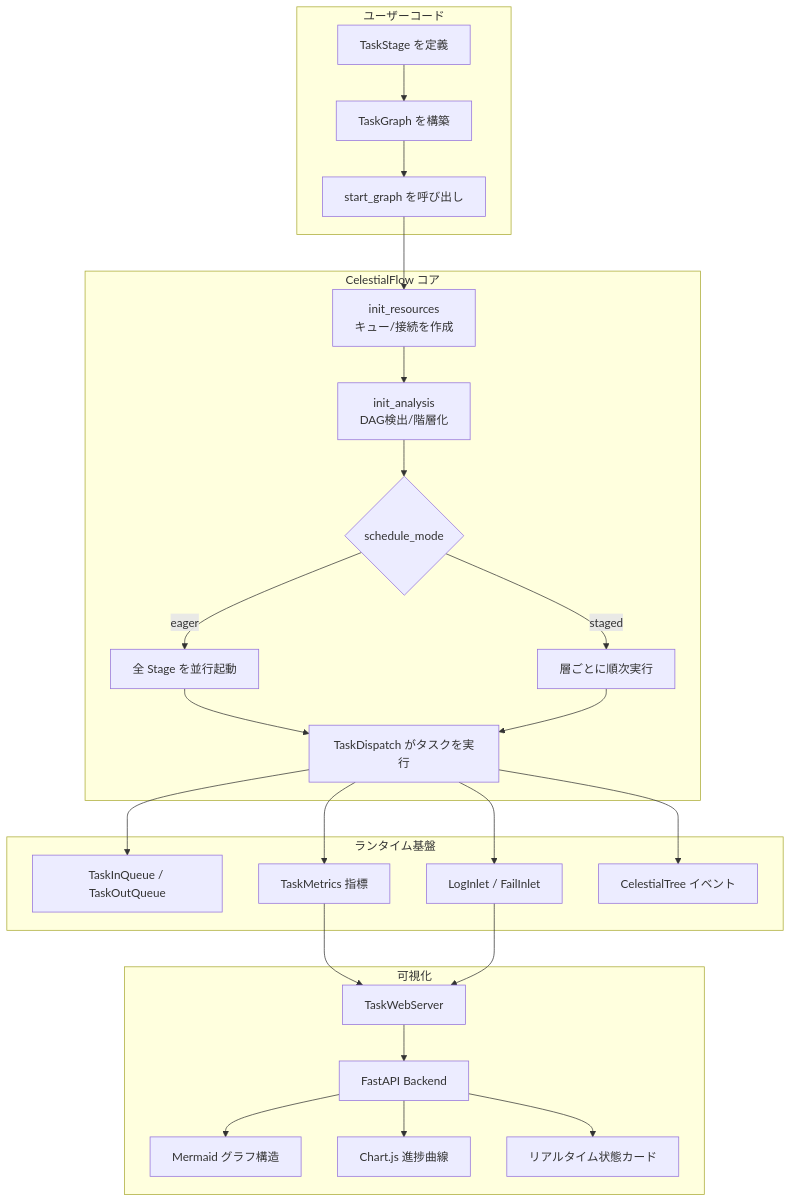
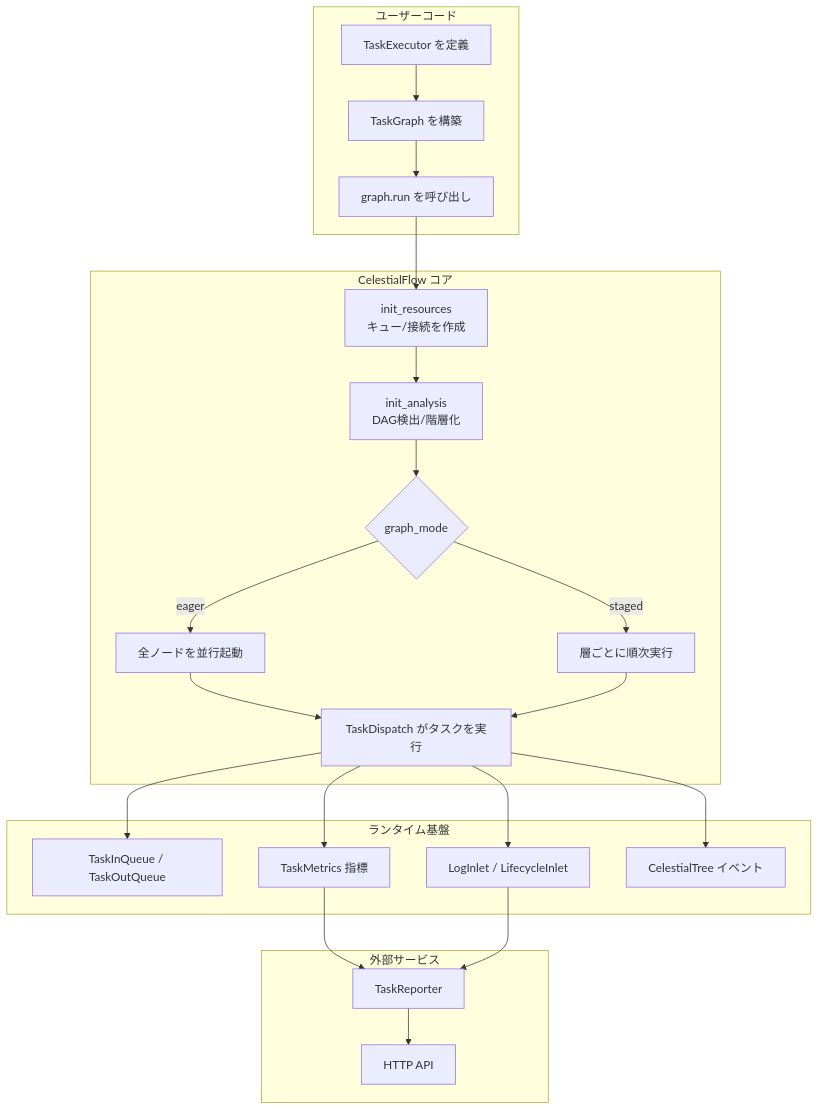
Before and after one commit to Mr-xiaotian/CelestialFlow: the first of 9 diagrams in docs/ja/presentation.md, drawn with Mermaid. The commit also changed other lines of this file and 181 other files, not shown here.

````diff
--- a/docs/ja/presentation.md
+++ b/docs/ja/presentation.md
@@ -76,34 +76,33 @@
 ```mermaid
 graph TB
     subgraph ユーザーコード
-        A[TaskStage を定義] --> B[TaskGraph を構築]
-        B --> C[start_graph を呼び出し]
+        A[TaskExecutor を定義] --> B[TaskGraph を構築]
+        B --> C[graph.run を呼び出し]
     end
 
     subgraph CelestialFlow コア
         C --> D[init_resources<br/>キュー/接続を作成]
         D --> E[init_analysis<br/>DAG検出/階層化]
-        E --> F{schedule_mode}
-        F -->|eager| G[全 Stage を並行起動]
+        E --> F{graph_mode}
+        F -->|eager| G[全ノードを並行起動]
         F -->|staged| H[層ごとに順次実行]
         G --> I[TaskDispatch がタスクを実行]
         H --> I
     end
 
     subgraph ランタイム基盤
         I --> J[TaskInQueue / TaskOutQueue]
         I --> K[TaskMetrics 指標]
-        I --> L[LogInlet / FailInlet]
+        I --> L[LogInlet / LifecycleInlet]
         I --> M[CelestialTree イベント]
     end
 
-    subgraph 可視化
-        N[TaskWebServer] --> O[FastAPI Backend]
-        O --> P[Mermaid グラフ構造]
-        O --> Q[Chart.js 進捗曲線]
-        O --> R[リアルタイム状態カード]
+    subgraph 外部サービス
+        N[TaskReporter]
+        O[HTTP API]
     end
 
     K --> N
     L --> N
+    N --> O
 ```
````
